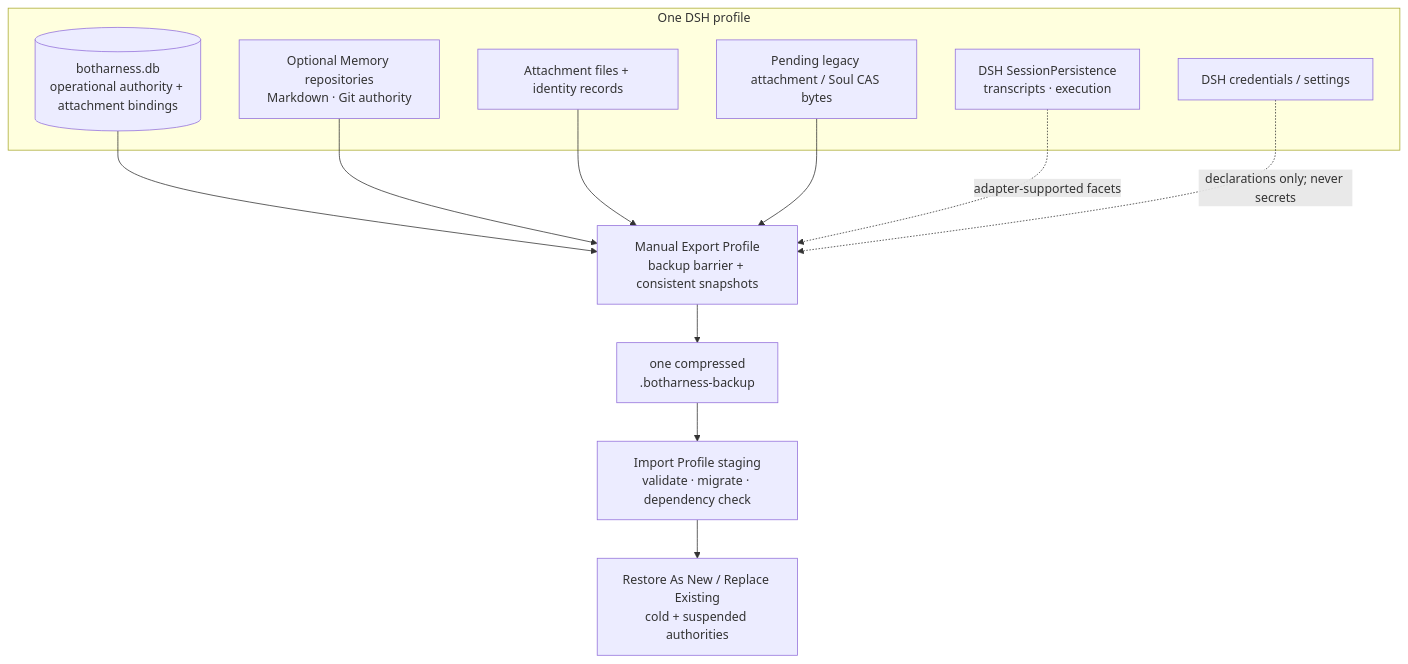
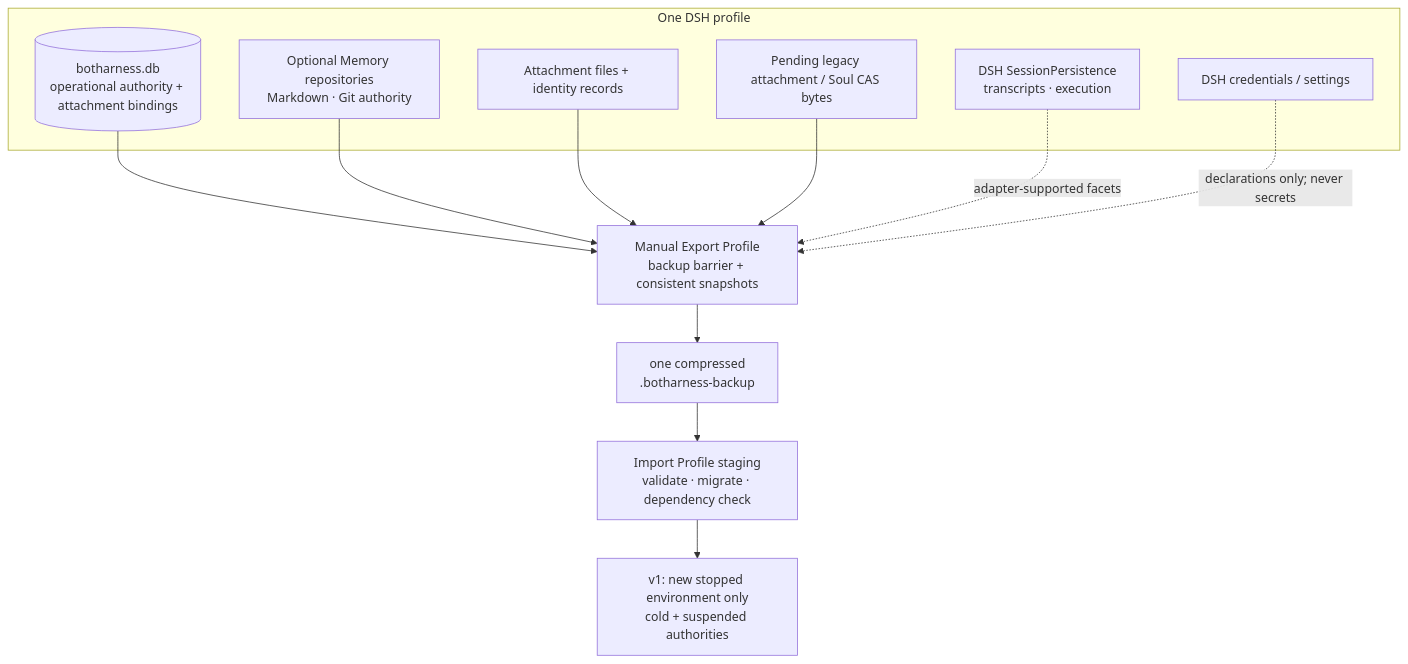
The sixth of 7 diagrams in docs/architecture/botharness-architecture.md (BotHarness/BotHarness), drawn with Mermaid before and after one commit. The commit also changed other lines of this file and 37 other files, not shown here.

First line of the commit message:
feat(portability): back up full Profiles and restore cold identities

````diff
--- a/docs/architecture/botharness-architecture.md
+++ b/docs/architecture/botharness-architecture.md
@@ -477,26 +477,26 @@
 ```mermaid
 flowchart TB
   subgraph Profile["One DSH profile"]
     DB[("botharness.db<br/>operational authority + attachment bindings")]
     Files["Optional Memory repositories<br/>Markdown · Git authority"]
     Attachments["Attachment files + identity records"]
     CAS["Pending legacy attachment / Soul CAS bytes"]
     DSHS["DSH SessionPersistence<br/>transcripts · execution"]
     Creds["DSH credentials / settings"]
   end
 
   Barrier["Manual Export Profile<br/>backup barrier + consistent snapshots"]
   Package["one compressed<br/>.botharness-backup"]
   Stage["Import Profile staging<br/>validate · migrate · dependency check"]
-  Target["Restore As New / Replace Existing<br/>cold + suspended authorities"]
+  Target["v1: new stopped environment only<br/>cold + suspended authorities"]
 
   DB --> Barrier
   Files --> Barrier
   Attachments --> Barrier
   CAS --> Barrier
   DSHS -.->|"adapter-supported facets"| Barrier
   Creds -.->|"declarations only; never secrets"| Barrier
   Barrier --> Package
   Package --> Stage
   Stage --> Target
 ```
````
